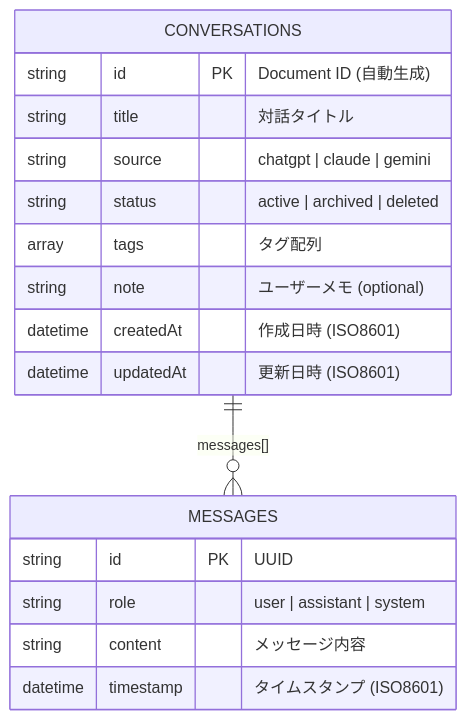
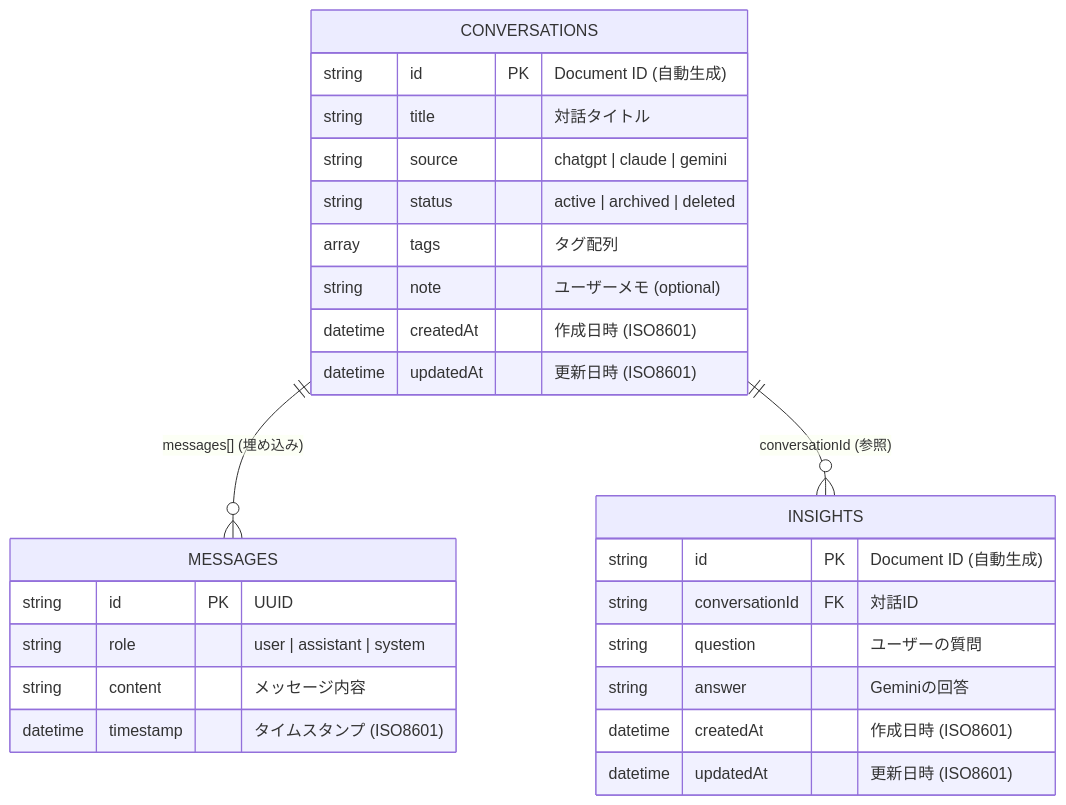
The first of 2 diagrams in doc/generated/reverse/database.md (mae616/ZennHackathon04), drawn with Mermaid before and after one commit. The commit also changed other lines of this file and 8 other files, not shown here.

````diff
--- a/doc/generated/reverse/database.md
+++ b/doc/generated/reverse/database.md
@@ -11,22 +11,32 @@
 ```mermaid
 erDiagram
     CONVERSATIONS {
         string id PK "Document ID (自動生成)"
         string title "対話タイトル"
         string source "chatgpt | claude | gemini"
         string status "active | archived | deleted"
         array tags "タグ配列"
         string note "ユーザーメモ (optional)"
         datetime createdAt "作成日時 (ISO8601)"
         datetime updatedAt "更新日時 (ISO8601)"
     }
 
     MESSAGES {
         string id PK "UUID"
         string role "user | assistant | system"
         string content "メッセージ内容"
         datetime timestamp "タイムスタンプ (ISO8601)"
     }
 
-    CONVERSATIONS ||--o{ MESSAGES : "messages[]"
+    INSIGHTS {
+        string id PK "Document ID (自動生成)"
+        string conversationId FK "対話ID"
+        string question "ユーザーの質問"
+        string answer "Geminiの回答"
+        datetime createdAt "作成日時 (ISO8601)"
+        datetime updatedAt "更新日時 (ISO8601)"
+    }
+
+    CONVERSATIONS ||--o{ MESSAGES : "messages[] (埋め込み)"
+    CONVERSATIONS ||--o{ INSIGHTS : "conversationId (参照)"
 ```
````
